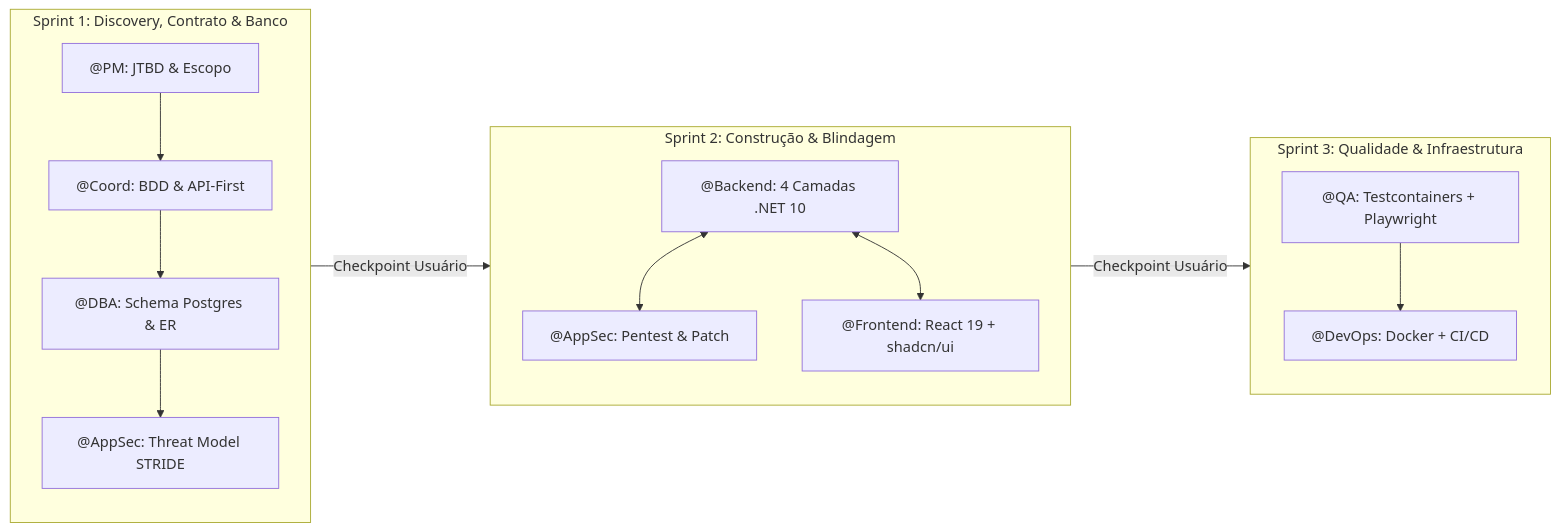
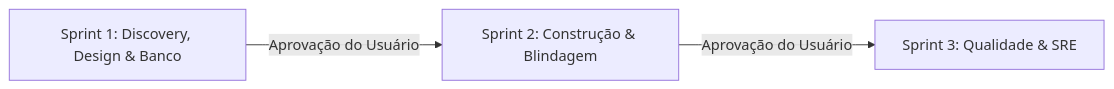
Before and after one commit to barretojr/antigravity-squad: the diagram in .antigravity/commands/teamwork.md, drawn with Mermaid. The commit also changed other lines of this file and 8 other files, not shown here.

````diff
--- a/.antigravity/commands/teamwork.md
+++ b/.antigravity/commands/teamwork.md
@@ -59,18 +62,5 @@
 ```mermaid
 flowchart LR
-    subgraph S1["Sprint 1: Discovery, Contrato & Banco"]
-        A1["@PM: JTBD & Escopo"] --> A2["@Coord: BDD & API-First"]
-        A2 --> A3["@DBA: Schema Postgres & ER"]
-        A3 --> A4["@AppSec: Threat Model STRIDE"]
-    end
-    subgraph S2["Sprint 2: Construção & Blindagem"]
-        B1["@Backend: 4 Camadas .NET 10"] <--> B2["@AppSec: Pentest & Patch"]
-        B1 <--> B3["@Frontend: React 19 + shadcn/ui"]
-    end
-    subgraph S3["Sprint 3: Qualidade & Infraestrutura"]
-        C1["@QA: Testcontainers + Playwright"] --> C2["@DevOps: Docker + CI/CD"]
-    end
-
-    S1 -->|"Checkpoint Usuário"| S2
-    S2 -->|"Checkpoint Usuário"| S3
+    S1["Sprint 1: Discovery, Design & Banco"] -->|"Aprovação do Usuário"| S2["Sprint 2: Construção & Blindagem"]
+    S2 -->|"Aprovação do Usuário"| S3["Sprint 3: Qualidade & SRE"]
 ```
````
